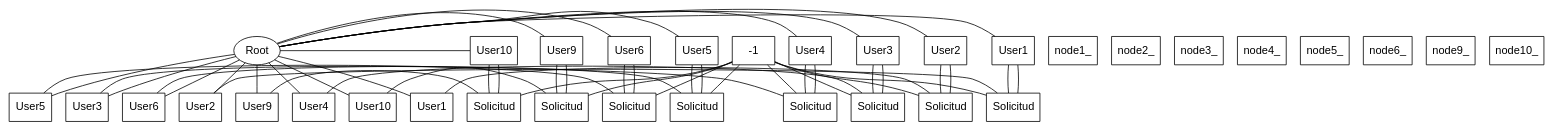
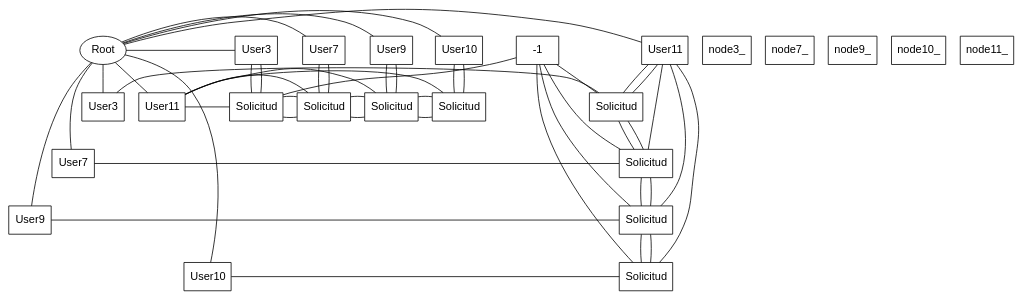
One commit to MReyes09/-EDD-Proyectos_202202233 changed the diagram in Proyecto Fase 1/report/matriz.dot. Above: the diagram before and after it, drawn with Graphviz. The commit also changed 426 other files, not shown here.

```diff
--- a/Proyecto Fase 1/report/matriz.dot
+++ b/Proyecto Fase 1/report/matriz.dot
@@ -1,85 +1,76 @@
 digraph Sparce_Matrix {
 node [shape=box, fontname=Arial];
 root [label="Root", shape=ellipse, group=1];
-col1 [label=<User1>, shape=box, group=3];
-root -> col1 [dir=none];
-col2 [label=<User2>, shape=box, group=4];
-root -> col2 [dir=none];
 col3 [label=<User3>, shape=box, group=5];
 root -> col3 [dir=none];
-col4 [label=<User4>, shape=box, group=6];
-root -> col4 [dir=none];
-col5 [label=<User5>, shape=box, group=7];
-root -> col5 [dir=none];
-col6 [label=<User6>, shape=box, group=8];
-root -> col6 [dir=none];
+col7 [label=<User7>, shape=box, group=9];
+root -> col7 [dir=none];
 col9 [label=<User9>, shape=box, group=11];
 root -> col9 [dir=none];
 col10 [label=<User10>, shape=box, group=12];
 root -> col10 [dir=none];
-row1 [label=<User1>, shape=box, group=1];
-root -> row1 [dir=none];
-row2 [label=<User2>, shape=box, group=1];
-root -> row2 [dir=none];
+col11 [label=<User11>, shape=box, group=13];
+root -> col11 [dir=none];
 row3 [label=<User3>, shape=box, group=1];
 root -> row3 [dir=none];
-row4 [label=<User4>, shape=box, group=1];
-root -> row4 [dir=none];
-row5 [label=<User5>, shape=box, group=1];
-root -> row5 [dir=none];
-row6 [label=<User6>, shape=box, group=1];
-root -> row6 [dir=none];
+row7 [label=<User7>, shape=box, group=1];
+root -> row7 [dir=none];
 row9 [label=<User9>, shape=box, group=1];
 root -> row9 [dir=none];
 row10 [label=<User10>, shape=box, group=1];
 root -> row10 [dir=none];
-node1_2 [label=<Solicitud>, shape=box, group=4];
-col2 -> node1_2 [dir=none];
-node1_-1 -> node1_2 [dir=none];
-row1 -> node1_2 [dir=none];
-col2 -> node1_2 [dir=none];
-node2_1 [label=<Solicitud>, shape=box, group=3];
-col1 -> node2_1 [dir=none];
-node2_-1 -> node2_1 [dir=none];
-row2 -> node2_1 [dir=none];
-col1 -> node2_1 [dir=none];
-node3_4 [label=<Solicitud>, shape=box, group=6];
-col4 -> node3_4 [dir=none];
-node3_-1 -> node3_4 [dir=none];
-row3 -> node3_4 [dir=none];
-col4 -> node3_4 [dir=none];
-node4_3 [label=<Solicitud>, shape=box, group=5];
-col3 -> node4_3 [dir=none];
-node4_-1 -> node4_3 [dir=none];
-row4 -> node4_3 [dir=none];
-col3 -> node4_3 [dir=none];
-node5_6 [label=<Solicitud>, shape=box, group=8];
-col6 -> node5_6 [dir=none];
-node5_-1 -> node5_6 [dir=none];
-row5 -> node5_6 [dir=none];
-col6 -> node5_6 [dir=none];
-node6_5 [label=<Solicitud>, shape=box, group=7];
-col5 -> node6_5 [dir=none];
-node6_-1 -> node6_5 [dir=none];
-row6 -> node6_5 [dir=none];
-col5 -> node6_5 [dir=none];
-node9_10 [label=<Solicitud>, shape=box, group=12];
-col10 -> node9_10 [dir=none];
-node9_-1 -> node9_10 [dir=none];
-row9 -> node9_10 [dir=none];
-col10 -> node9_10 [dir=none];
-node10_9 [label=<Solicitud>, shape=box, group=11];
-col9 -> node10_9 [dir=none];
-node10_-1 -> node10_9 [dir=none];
-row10 -> node10_9 [dir=none];
-col9 -> node10_9 [dir=none];
-{ rank=same; root; col1; col2; col3; col4; col5; col6; col9; col10;}
-{ rank=same; row1;node1_2;}
-{ rank=same; row2;node2_1;}
-{ rank=same; row3;node3_4;}
-{ rank=same; row4;node4_3;}
-{ rank=same; row5;node5_6;}
-{ rank=same; row6;node6_5;}
-{ rank=same; row9;node9_10;}
-{ rank=same; row10;node10_9;}
+row11 [label=<User11>, shape=box, group=1];
+root -> row11 [dir=none];
+node3_11 [label=<Solicitud>, shape=box, group=13];
+col11 -> node3_11 [dir=none];
+node3_11 -> node7_11 [dir=none];
+node3_-1 -> node3_11 [dir=none];
+row3 -> node3_11 [dir=none];
+col11 -> node3_11 [dir=none];
+node7_11 [label=<Solicitud>, shape=box, group=13];
+node3_11 -> node7_11 [dir=none];
+node7_11 -> node9_11 [dir=none];
+node7_-1 -> node7_11 [dir=none];
+row7 -> node7_11 [dir=none];
+col11 -> node7_11 [dir=none];
+node9_11 [label=<Solicitud>, shape=box, group=13];
+node7_11 -> node9_11 [dir=none];
+node9_11 -> node10_11 [dir=none];
+node9_-1 -> node9_11 [dir=none];
+row9 -> node9_11 [dir=none];
+col11 -> node9_11 [dir=none];
+node10_11 [label=<Solicitud>, shape=box, group=13];
+node9_11 -> node10_11 [dir=none];
+node10_-1 -> node10_11 [dir=none];
+row10 -> node10_11 [dir=none];
+col11 -> node10_11 [dir=none];
+node11_3 [label=<Solicitud>, shape=box, group=5];
+col3 -> node11_3 [dir=none];
+node11_-1 -> node11_3 [dir=none];
+node11_3 -> node11_7 [dir=none];
+row11 -> node11_3 [dir=none];
+col3 -> node11_3 [dir=none];
+node11_7 [label=<Solicitud>, shape=box, group=9];
+col7 -> node11_7 [dir=none];
+node11_3 -> node11_7 [dir=none];
+node11_7 -> node11_9 [dir=none];
+row11 -> node11_7 [dir=none];
+col7 -> node11_7 [dir=none];
+node11_9 [label=<Solicitud>, shape=box, group=11];
+col9 -> node11_9 [dir=none];
+node11_7 -> node11_9 [dir=none];
+node11_9 -> node11_10 [dir=none];
+row11 -> node11_9 [dir=none];
+col9 -> node11_9 [dir=none];
+node11_10 [label=<Solicitud>, shape=box, group=12];
+col10 -> node11_10 [dir=none];
+node11_9 -> node11_10 [dir=none];
+row11 -> node11_10 [dir=none];
+col10 -> node11_10 [dir=none];
+{ rank=same; root; col3; col7; col9; col10; col11;}
+{ rank=same; row3;node3_11;}
+{ rank=same; row7;node7_11;}
+{ rank=same; row9;node9_11;}
+{ rank=same; row10;node10_11;}
+{ rank=same; row11;node11_3;node11_7;node11_9;node11_10;}
 }
```
